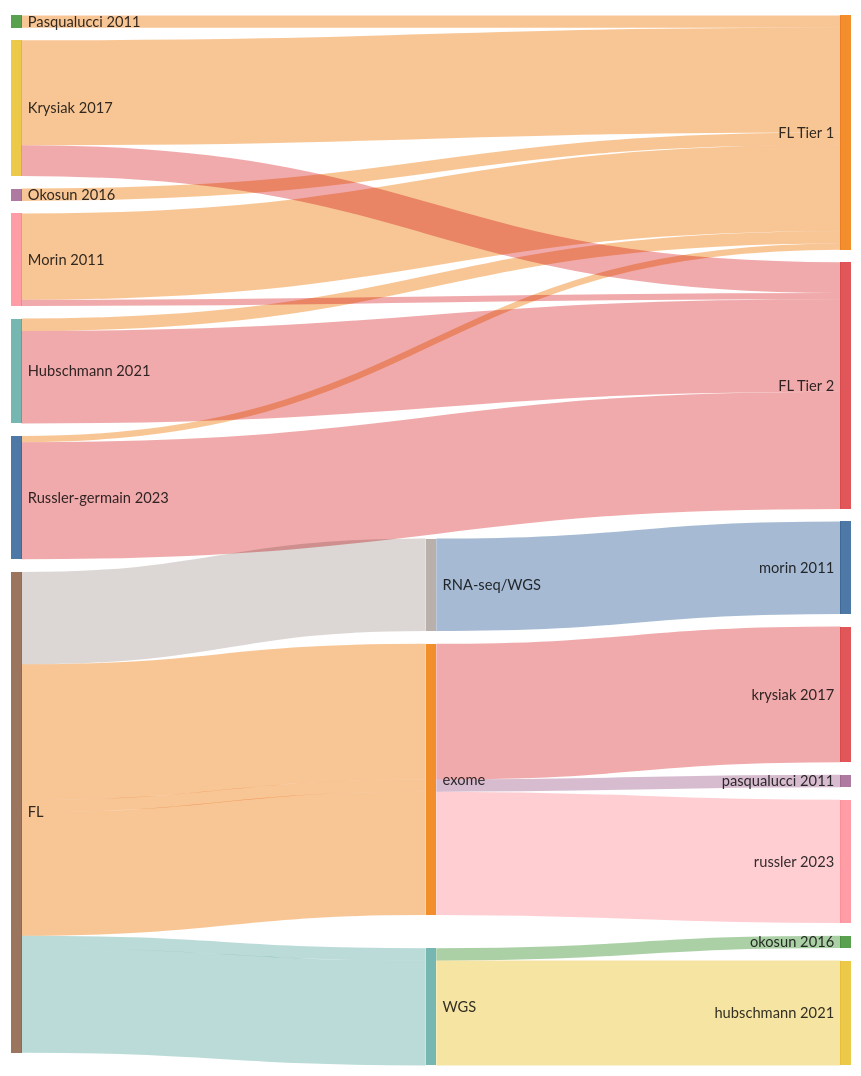
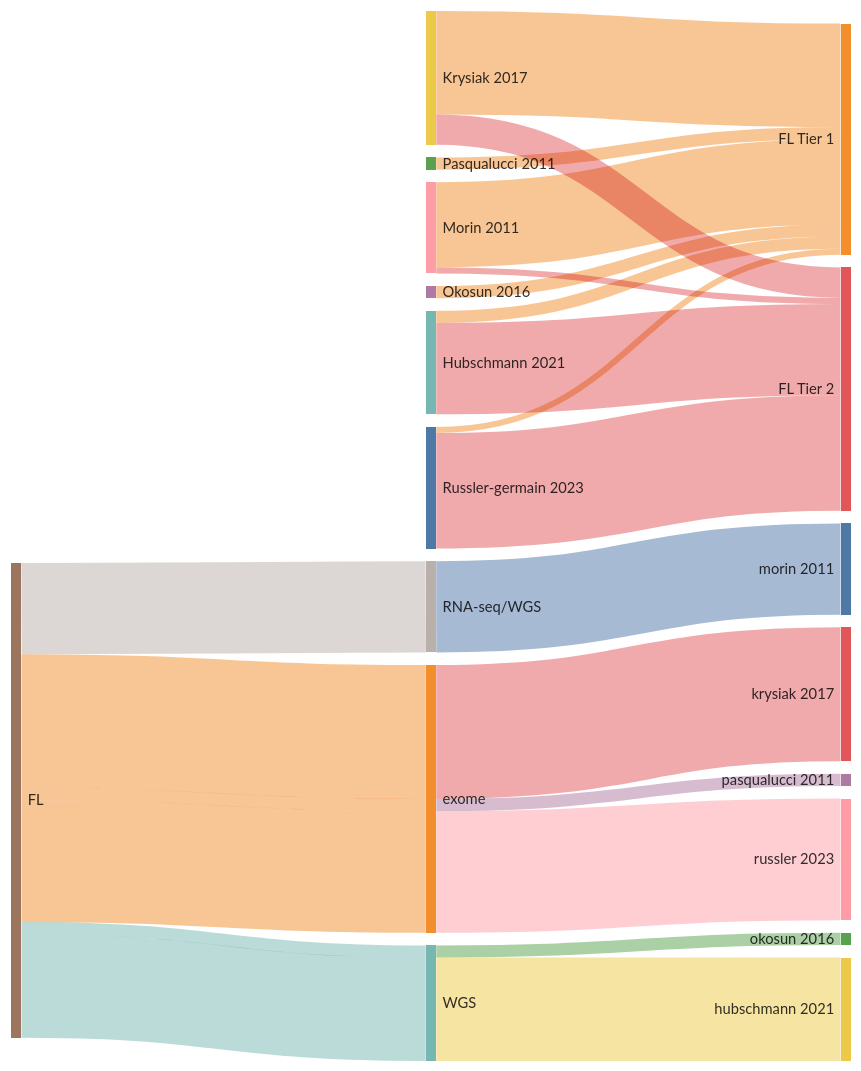
Before and after one commit to morinlab/lymphopedia: the diagram in FL_sankey.md, drawn with Mermaid.

````diff
--- a/FL_sankey.md
+++ b/FL_sankey.md
@@ -1,33 +1,34 @@
 ```mermaid
 ---
 config:
   sankey:
     showValues: false
     linkColor: target
     width: 800
     height: 1000
+    nodeAlignment: right
 ---
 sankey-beta
 Russler-germain 2023, FL Tier 1, 1
 Russler-germain 2023, FL Tier 2, 19
 Hubschmann 2021, FL Tier 1, 2
 Hubschmann 2021, FL Tier 2, 15
 Pasqualucci 2011, FL Tier 1, 2
 Krysiak 2017, FL Tier 1, 17
 Krysiak 2017, FL Tier 2, 5
 Okosun 2016, FL Tier 1, 2
 Morin 2011, FL Tier 1, 14
 Morin 2011, FL Tier 2, 1
 FL, RNA-seq/WGS, 15
 RNA-seq/WGS, morin 2011, 15
 FL, exome, 22
 exome, krysiak 2017, 22
 FL, WGS, 2
 WGS, okosun 2016, 2
 FL, WGS, 17
 WGS, hubschmann 2021, 17
 FL, exome, 2
 exome, pasqualucci 2011, 2
 FL, exome, 20
 exome, russler 2023, 20
 ```
````
